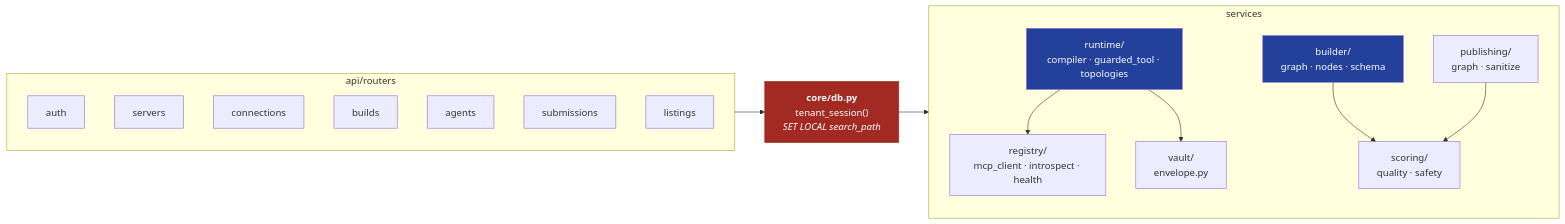
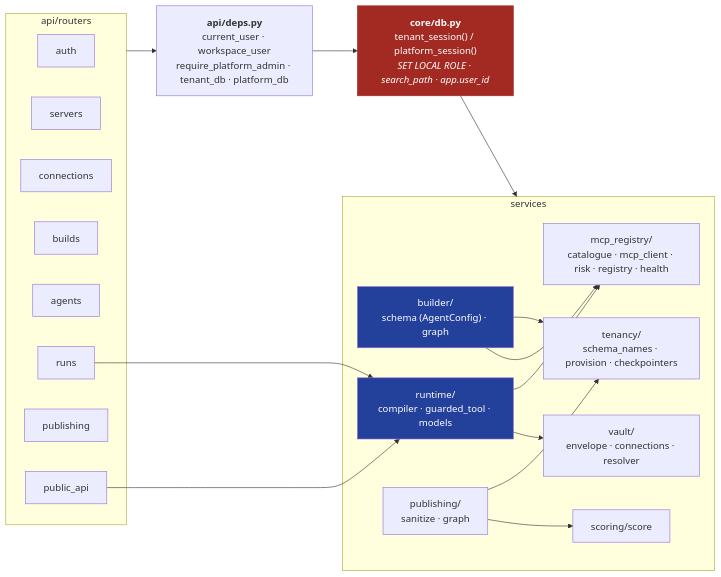
Before and after one commit to Shivanilarokar/AgentPlatformCapstone: the third of 15 diagrams in docs/DESIGN.md, drawn with Mermaid. The commit also changed other lines of this file and 44 other files, not shown here.

Commit message:
Builder says what the registry lacks; company admin shares servers; readable *_by columns; sign-up create/join; docs and report as built

````diff
--- a/docs/DESIGN.md
+++ b/docs/DESIGN.md
@@ -79,34 +75,22 @@
 ```mermaid
 graph LR
     subgraph routers["api/routers"]
-      R1[auth]
-      R2[servers]
-      R3[connections]
-      R4[builds]
-      R5[agents]
-      R6[submissions]
-      R7[listings]
+      R1[auth]; R2[servers]; R3[connections]; R4[builds]; R5[agents]; R6[runs]; R7[publishing]; R8[public_api]
     end
-
-    GATE["<b>core/db.py</b><br/>tenant_session()<br/><i>SET LOCAL search_path</i>"]
-
-    subgraph services["services"]
-      REG["registry/<br/>mcp_client · introspect · health"]
-      VLT["vault/<br/>envelope.py"]
-      BLD["builder/<br/>graph · nodes · schema"]
-      RUN["runtime/<br/>compiler · guarded_tool · topologies"]
-      SCO["scoring/<br/>quality · safety"]
-      PUB["publishing/<br/>graph · sanitize"]
+    DEPS["<b>api/deps.py</b><br/>current_user · workspace_user<br/>require_platform_admin · tenant_db · platform_db"]
+    GATE["<b>core/db.py</b><br/>tenant_session() / platform_session()<br/><i>SET LOCAL ROLE · search_path · app.user_id</i>"]
+    subgraph services
+      REG["mcp_registry/<br/>catalogue · mcp_client · risk · registry · health"]
+      VLT["vault/<br/>envelope · connections · resolver"]
+      BLD["builder/<br/>schema (AgentConfig) · graph"]
+      RUN["runtime/<br/>compiler · guarded_tool · models"]
+      SCO["scoring/score"]
+      PUB["publishing/<br/>sanitize · graph"]
+      TEN["tenancy/<br/>schema_names · provision · checkpointers"]
     end
-
-    routers --> GATE
-    GATE --> services
-    RUN --> VLT
-    RUN --> REG
-    BLD --> SCO
-    PUB --> SCO
-
+    routers --> DEPS --> GATE --> services
+    RUN --> VLT; RUN --> REG; PUB --> SCO; BLD --> REG; BLD --> TEN; PUB --> TEN; R6 --> RUN; R8 --> RUN
     style GATE fill:#A32A22,color:#fff,stroke:#A32A22
     style BLD fill:#23409B,color:#fff
     style RUN fill:#23409B,color:#fff
 ```
````
